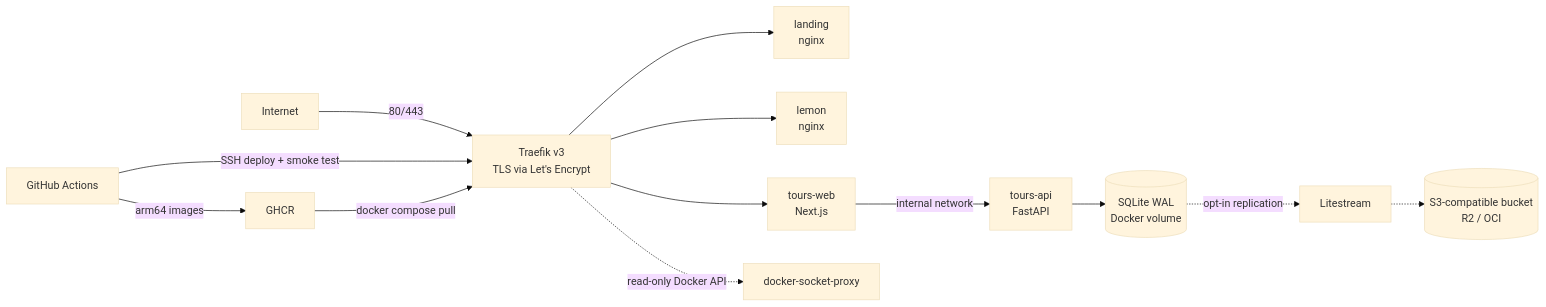
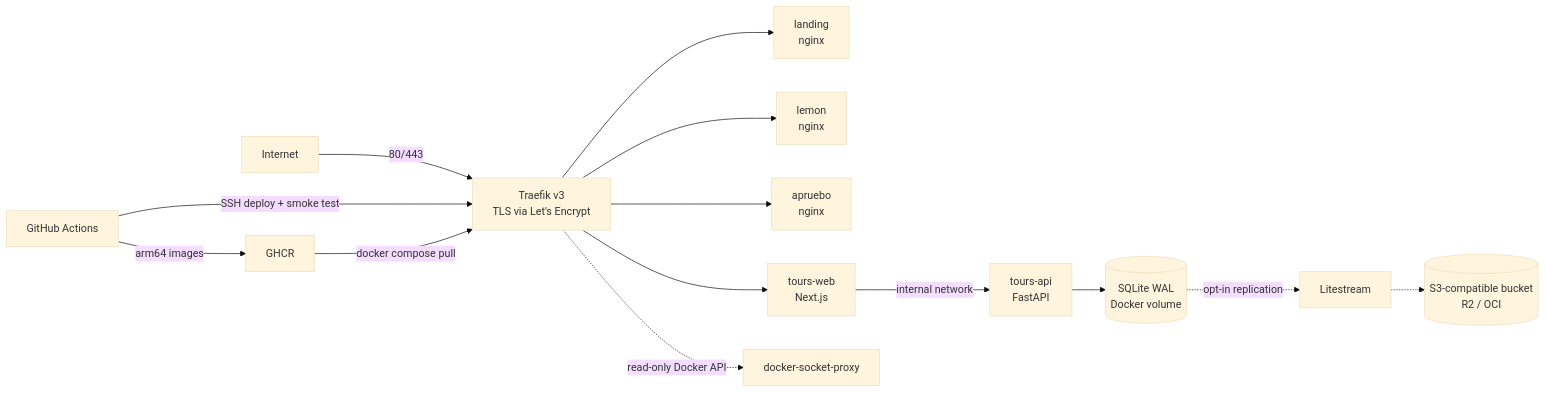
Before and after one commit to Jaed69/luciel-platform: the diagram in README.md, drawn with Mermaid (base theme). The commit also changed other lines of this file and 6 other files, not shown here.

````diff
--- a/README.md
+++ b/README.md
@@ -21,16 +22,17 @@
 ```mermaid
 flowchart LR
     U[Internet] -->|80/443| T[Traefik v3<br/>TLS via Let's Encrypt]
     T --> L[landing<br/>nginx]
     T --> M[lemon<br/>nginx]
+    T --> Q[apruebo<br/>nginx]
     T --> W[tours-web<br/>Next.js]
     W -->|internal network| A[tours-api<br/>FastAPI]
     A --> D[(SQLite WAL<br/>Docker volume)]
     D -.->|opt-in replication| B[Litestream]
     B -.-> R[(S3-compatible bucket<br/>R2 / OCI)]
     T -.->|read-only Docker API| P[docker-socket-proxy]
 
     GH[GitHub Actions] -->|arm64 images| G[GHCR]
     GH -->|SSH deploy + smoke test| T
     G -->|docker compose pull| T
 ```
````
